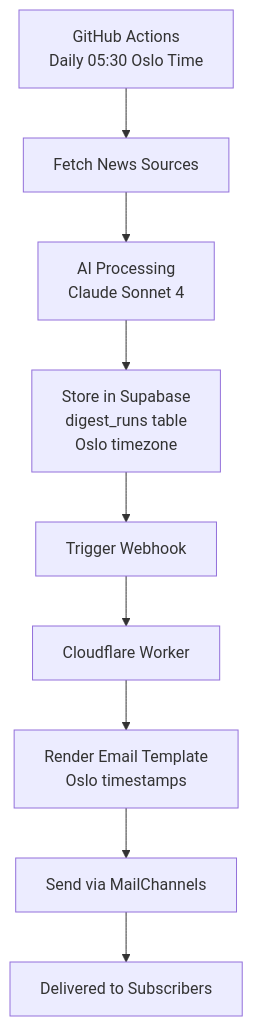
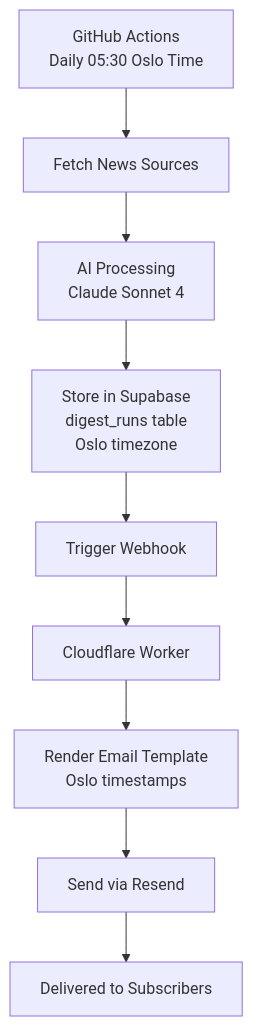
One commit to elzacka/budbringer changed the diagram in README.md. Above: the diagram before and after it, drawn with Mermaid. The commit also changed other lines of this file and 16 other files, not shown here.

First line of the commit message:
Migrate from MailChannels to Resend and implement dotenvx encryption

````diff
--- a/README.md
+++ b/README.md
@@ -141,11 +145,11 @@
 ```mermaid
 graph TD
     A[GitHub Actions<br/>Daily 05:30 Oslo Time] --> B[Fetch News Sources]
     B --> C[AI Processing<br/>Claude Sonnet 4]
     C --> D[Store in Supabase<br/>digest_runs table<br/>Oslo timezone]
     D --> E[Trigger Webhook]
     E --> F[Cloudflare Worker]
     F --> G[Render Email Template<br/>Oslo timestamps]
-    G --> H[Send via MailChannels]
+    G --> H[Send via Resend]
     H --> I[Delivered to Subscribers]
 ```
````
